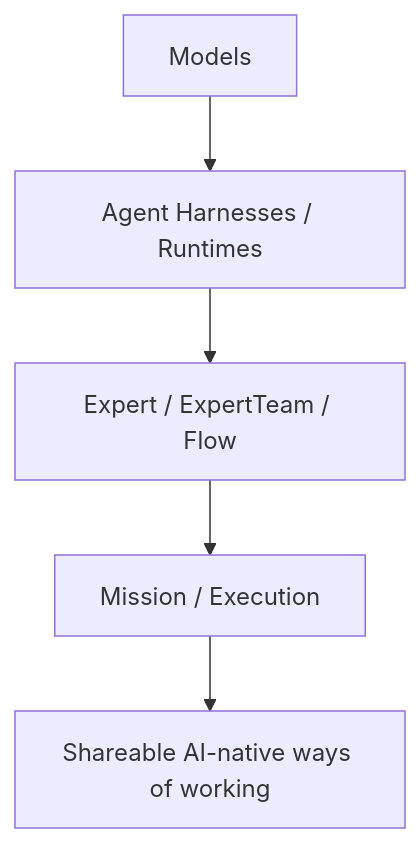
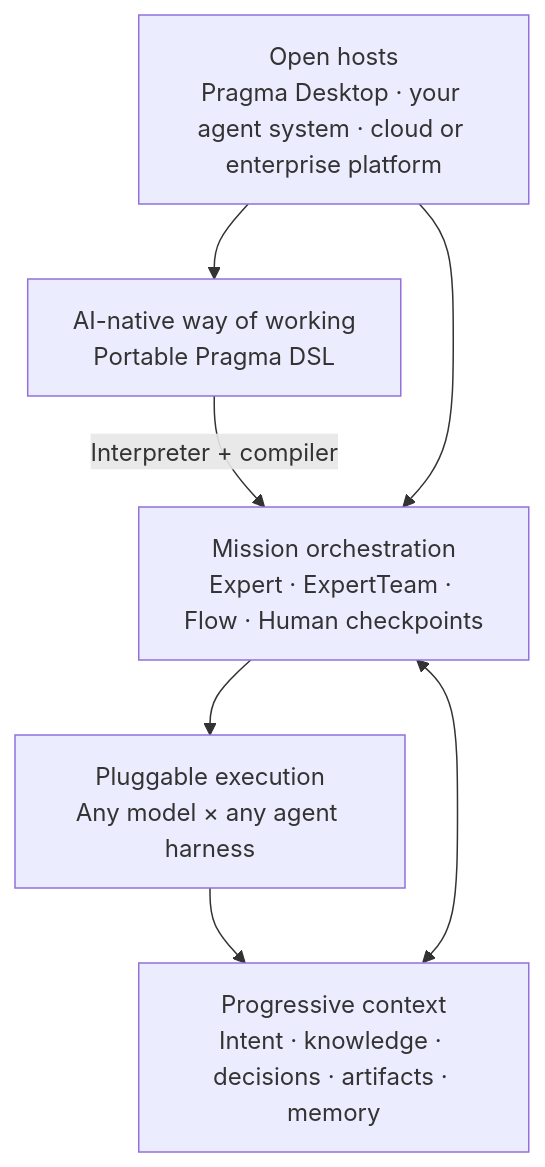
The second of 2 diagrams in README.md (pqpo/pragma), drawn with Mermaid before and after one commit. The commit also changed other lines of this file and 1 other file, not shown here.

Commit message:
clarify Pragma vision and differentiation

````diff
--- a/README.md
+++ b/README.md
@@ -64,13 +99,15 @@
 ```mermaid
-flowchart TD
-  models["Models"]
-  harnesses["Agent Harnesses / Runtimes"]
-  methods["Expert / ExpertTeam / Flow"]
-  missions["Mission / Execution"]
-  shared["Shareable AI-native ways of working"]
+flowchart TB
+  method["AI-native way of working<br/>Portable Pragma DSL"]
+  orchestration["Mission orchestration<br/>Expert · ExpertTeam · Flow · Human checkpoints"]
+  context["Progressive context<br/>Intent · knowledge · decisions · artifacts · memory"]
+  execution["Pluggable execution<br/>Any model × any agent harness"]
+  hosts["Open hosts<br/>Pragma Desktop · your agent system · cloud or enterprise platform"]
 
-  models --> harnesses
-  harnesses --> methods
-  methods --> missions
-  missions --> shared
+  method -->|Interpreter + compiler| orchestration
+  context <--> orchestration
+  orchestration --> execution
+  execution --> context
+  hosts --> method
+  hosts --> orchestration
 ```
````
